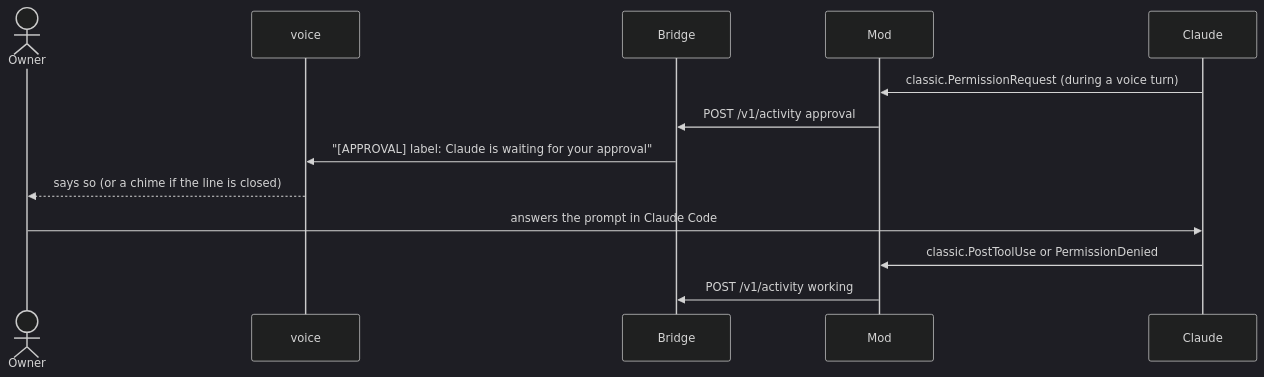
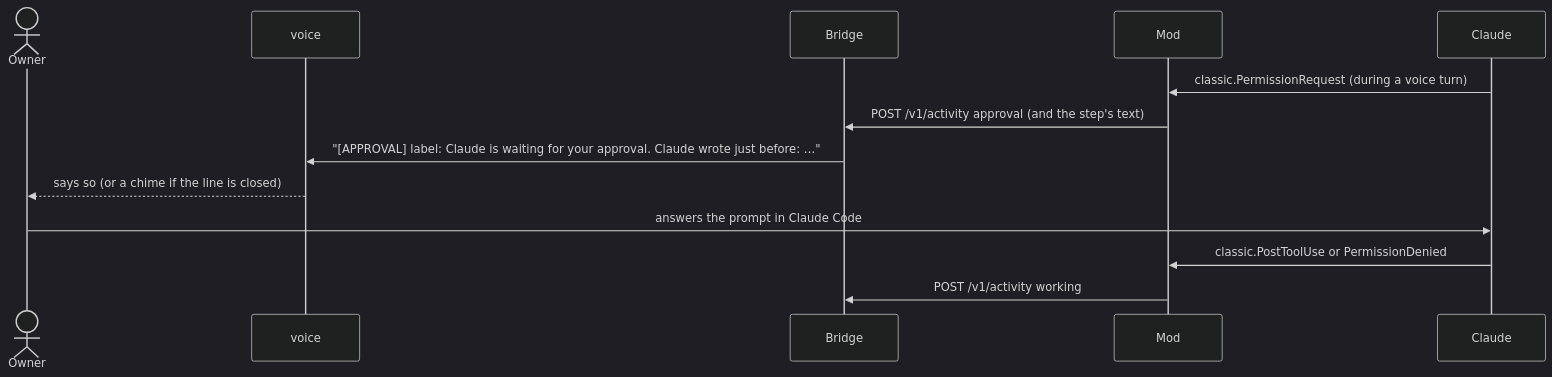
One commit to Nezhinskiy/claude-gpt-live-bridge changed the seventh of 8 diagrams in docs/architecture/overview.md. Above: the diagram before and after it, drawn with Mermaid (dark theme). The commit also changed other lines of this file and 9 other files, not shown here.

Commit message:
docs: the approval notice carries what Claude wrote before it

````diff
--- a/docs/architecture/overview.md
+++ b/docs/architecture/overview.md
@@ -300,15 +303,15 @@
 ```mermaid
 sequenceDiagram
   actor Owner
   participant Codex as voice
   participant Bridge
   participant Mod
   participant Claude
   Claude->>Mod: classic.PermissionRequest (during a voice turn)
-  Mod->>Bridge: POST /v1/activity approval
-  Bridge->>Codex: "[APPROVAL] label: Claude is waiting for your approval"
+  Mod->>Bridge: POST /v1/activity approval (and the step's text)
+  Bridge->>Codex: "[APPROVAL] label: Claude is waiting for your approval. Claude wrote just before: …"
   Codex-->>Owner: says so (or a chime if the line is closed)
   Owner->>Claude: answers the prompt in Claude Code
   Claude->>Mod: classic.PostToolUse or PermissionDenied
   Mod->>Bridge: POST /v1/activity working
 ```
````
